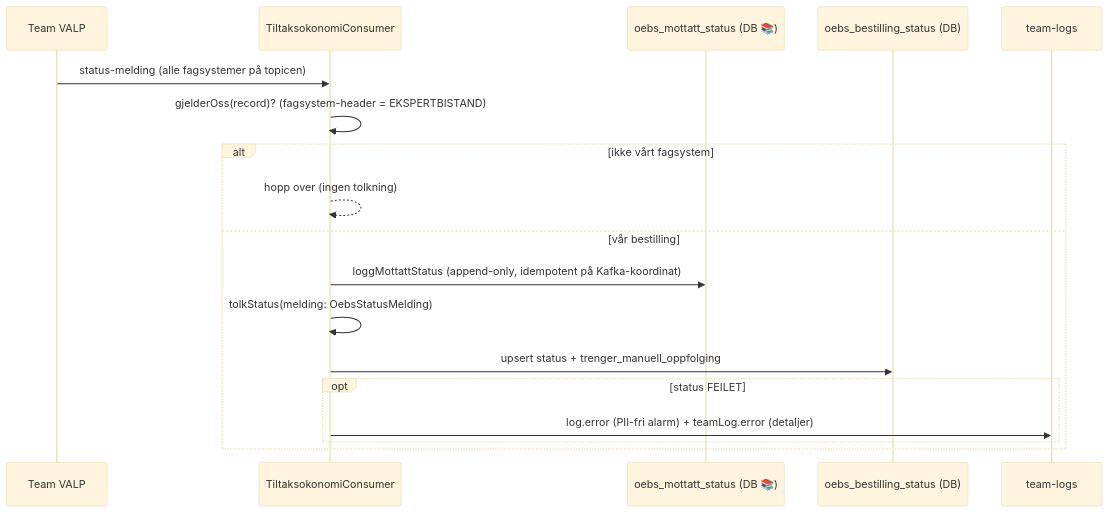
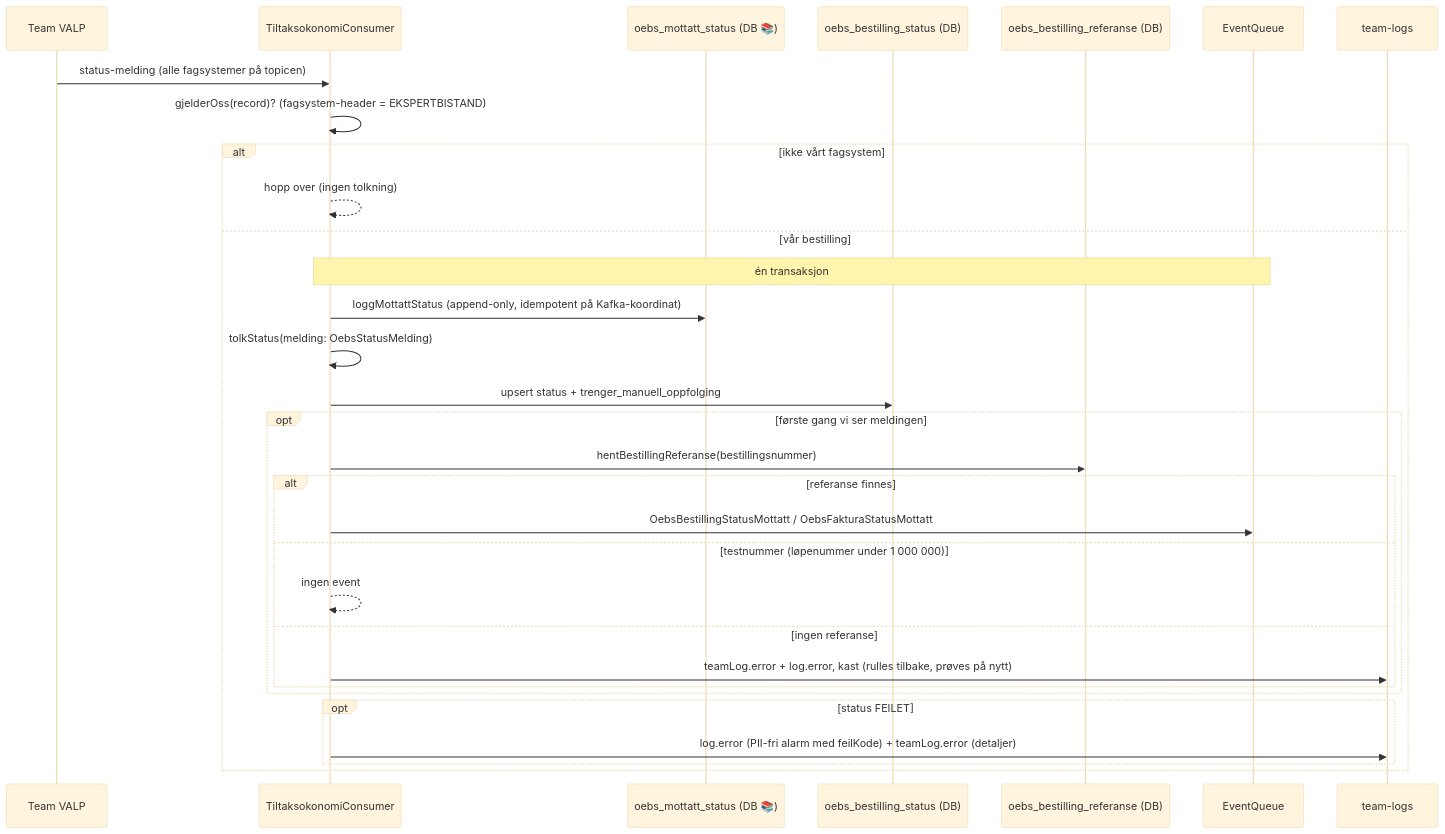
The third of 3 diagrams in backend/src/main/kotlin/no/nav/ekspertbistand/oebs/README.md (navikt/ekspertbistand), drawn with Mermaid (base theme) before and after one commit. The commit also changed other lines of this file and 24 other files, not shown here.

First line of the commit message:
feat(oebs): status fra OeBS til saksgangen

````diff
--- a/backend/src/main/kotlin/no/nav/ekspertbistand/oebs/README.md
+++ b/backend/src/main/kotlin/no/nav/ekspertbistand/oebs/README.md
@@ -96,21 +102,34 @@
 ```mermaid
 sequenceDiagram
     participant V as Team VALP
     participant S as TiltaksokonomiConsumer
     participant L as oebs_mottatt_status (DB 📚)
     participant D as oebs_bestilling_status (DB)
+    participant R as oebs_bestilling_referanse (DB)
+    participant E as EventQueue
     participant T as team-logs
 
     V->>S: status-melding (alle fagsystemer på topicen)
     S->>S: gjelderOss(record)? (fagsystem-header = EKSPERTBISTAND)
     alt ikke vårt fagsystem
         S-->>S: hopp over (ingen tolkning)
     else vår bestilling
+        Note over S,E: én transaksjon
         S->>L: loggMottattStatus (append-only, idempotent på Kafka-koordinat)
         S->>S: tolkStatus(melding: OebsStatusMelding)
         S->>D: upsert status + trenger_manuell_oppfolging
+        opt første gang vi ser meldingen
+            S->>R: hentBestillingReferanse(bestillingsnummer)
+            alt referanse finnes
+                S->>E: OebsBestillingStatusMottatt / OebsFakturaStatusMottatt
+            else testnummer (løpenummer under 1 000 000)
+                S-->>S: ingen event
+            else ingen referanse
+                S->>T: teamLog.error + log.error, kast (rulles tilbake, prøves på nytt)
+            end
+        end
         opt status FEILET
-            S->>T: log.error (PII-fri alarm) + teamLog.error (detaljer)
+            S->>T: log.error (PII-fri alarm med feilKode) + teamLog.error (detaljer)
         end
     end
 ```
````
